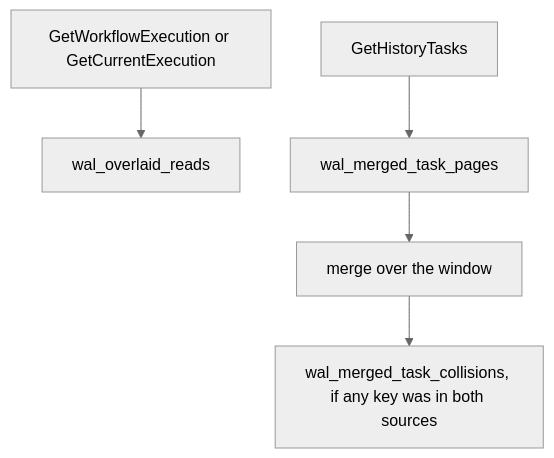
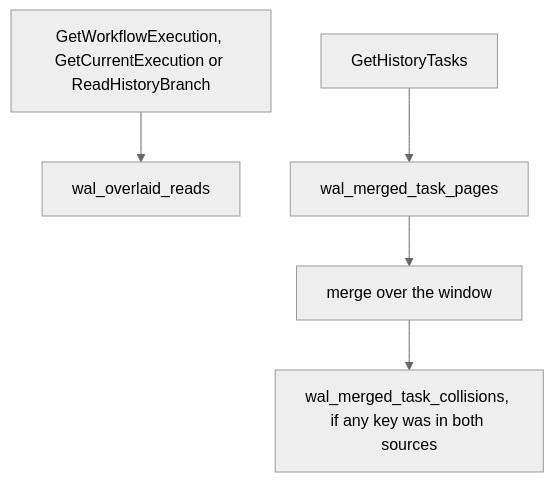
The fourth of 4 diagrams in docs/handbook/10-metrics.md (aromanovich/waltz), drawn with Mermaid (neutral theme) before and after one commit. The commit also changed other lines of this file and 47 other files, not shown here.

First line of the commit message:
history_in_wal: a record may carry the event batches its own request produced (#4)

````diff
--- a/docs/handbook/10-metrics.md
+++ b/docs/handbook/10-metrics.md
@@ -235,7 +235,7 @@
 ```mermaid
 flowchart TD
-    A["GetWorkflowExecution or GetCurrentExecution"] --> B["wal_overlaid_reads"]
+    A["GetWorkflowExecution, GetCurrentExecution or ReadHistoryBranch"] --> B["wal_overlaid_reads"]
     C["GetHistoryTasks"] --> D["wal_merged_task_pages"]
     D --> E["merge over the window"]
     E --> F["wal_merged_task_collisions, if any key was in both sources"]
 ```
````
